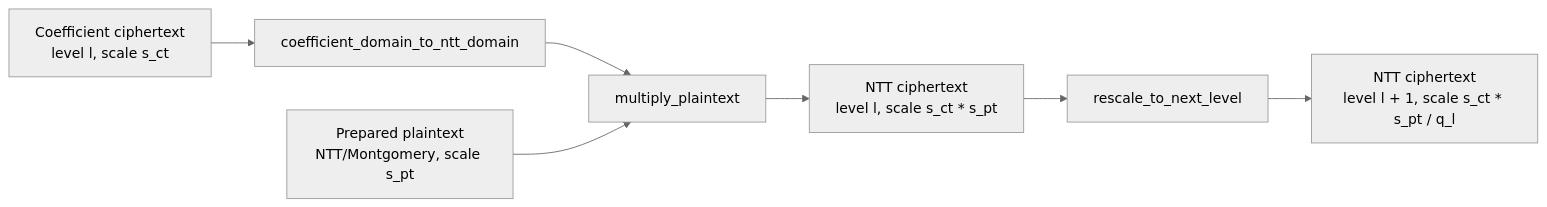
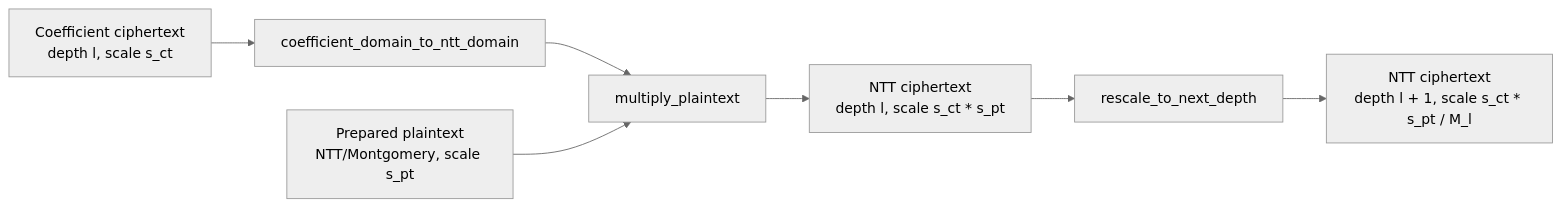
The second of 5 diagrams in docs/concepts/ckks/evaluator-operation-transitions.md (visualDust/fhelium), drawn with Mermaid (neutral theme) before and after one commit. The commit also changed other lines of this file and 369 other files, not shown here.

````diff
--- a/docs/concepts/ckks/evaluator-operation-transitions.md
+++ b/docs/concepts/ckks/evaluator-operation-transitions.md
@@ -73,13 +73,13 @@
 ```mermaid
 flowchart LR
-    CT[Coefficient ciphertext<br/>level l, scale s_ct]
+    CT[Coefficient ciphertext<br/>depth l, scale s_ct]
     NTT[coefficient_domain_to_ntt_domain]
     PT[Prepared plaintext<br/>NTT/Montgomery, scale s_pt]
     PM[multiply_plaintext]
-    OUT[NTT ciphertext<br/>level l, scale s_ct * s_pt]
-    RS[rescale_to_next_level]
-    NEXT[NTT ciphertext<br/>level l + 1, scale s_ct * s_pt / q_l]
+    OUT[NTT ciphertext<br/>depth l, scale s_ct * s_pt]
+    RS[rescale_to_next_depth]
+    NEXT[NTT ciphertext<br/>depth l + 1, scale s_ct * s_pt / M_l]
     CT --> NTT --> PM
     PT --> PM
     PM --> OUT --> RS --> NEXT
 ```
````
